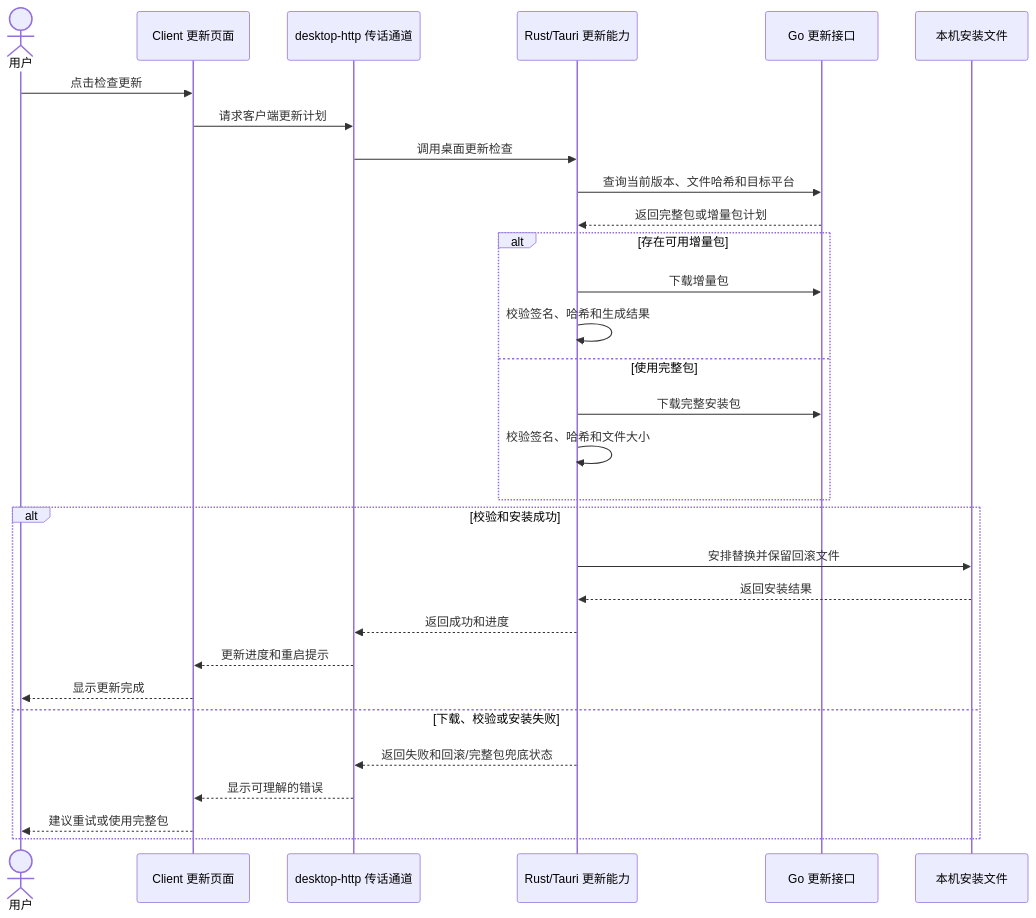
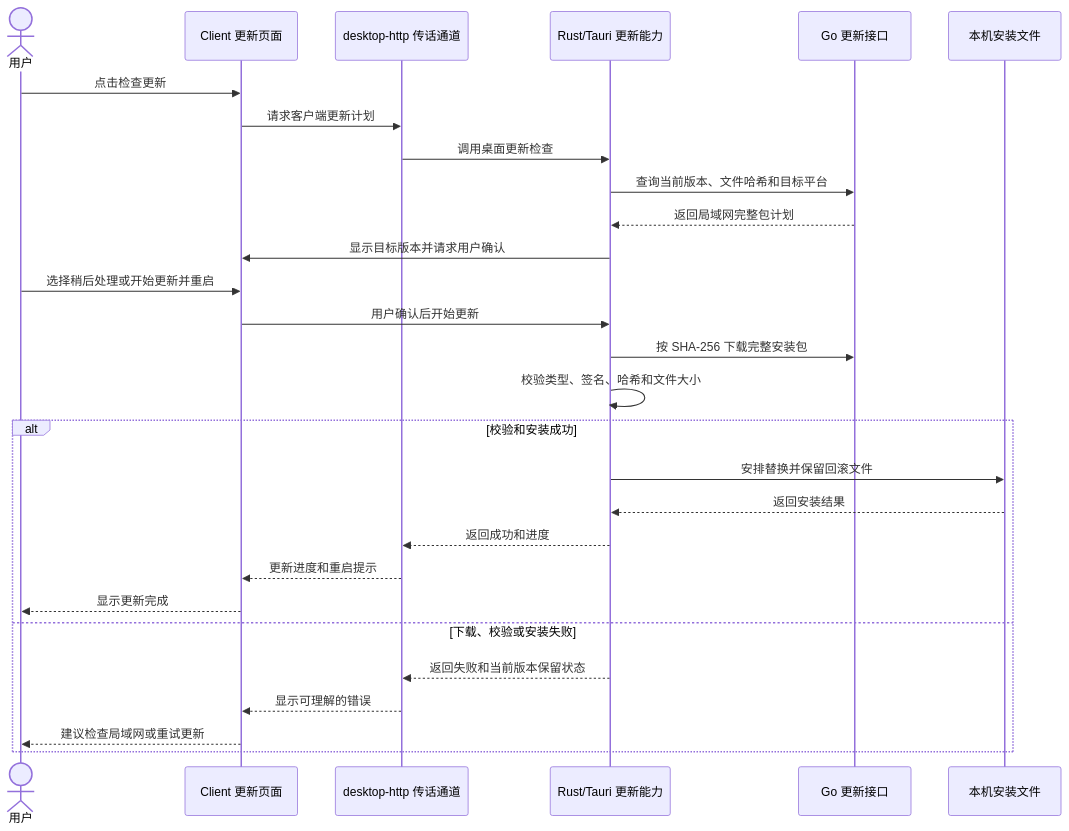
The seventh of 7 diagrams in docs/WEB_CLIENT_ARCHITECTURE.md (SilenceJR/bb_erp_echo), drawn with Mermaid before and after one commit. The commit also changed other lines of this file and 53 other files, not shown here.

```diff
--- a/docs/WEB_CLIENT_ARCHITECTURE.md
+++ b/docs/WEB_CLIENT_ARCHITECTURE.md
@@ -253,35 +253,32 @@
 ~~~mermaid
 sequenceDiagram
     actor user as 用户
     participant page as Client 更新页面
     participant bridge as desktop-http 传话通道
     participant rust as Rust/Tauri 更新能力
     participant server as Go 更新接口
     participant files as 本机安装文件
 
     user->>page: 点击检查更新
     page->>bridge: 请求客户端更新计划
     bridge->>rust: 调用桌面更新检查
     rust->>server: 查询当前版本、文件哈希和目标平台
-    server-->>rust: 返回完整包或增量包计划
-
-    alt 存在可用增量包
-        rust->>server: 下载增量包
-        rust->>rust: 校验签名、哈希和生成结果
-    else 使用完整包
-        rust->>server: 下载完整安装包
-        rust->>rust: 校验签名、哈希和文件大小
-    end
+    server-->>rust: 返回局域网完整包计划
+    rust->>page: 显示目标版本并请求用户确认
+    user->>page: 选择稍后处理或开始更新并重启
+    page->>rust: 用户确认后开始更新
+    rust->>server: 按 SHA-256 下载完整安装包
+    rust->>rust: 校验类型、签名、哈希和文件大小
 
     alt 校验和安装成功
         rust->>files: 安排替换并保留回滚文件
         files-->>rust: 返回安装结果
         rust-->>bridge: 返回成功和进度
         bridge-->>page: 更新进度和重启提示
         page-->>user: 显示更新完成
     else 下载、校验或安装失败
-        rust-->>bridge: 返回失败和回滚/完整包兜底状态
+        rust-->>bridge: 返回失败和当前版本保留状态
         bridge-->>page: 显示可理解的错误
-        page-->>user: 建议重试或使用完整包
+        page-->>user: 建议检查局域网或重试更新
     end
 ~~~
```
